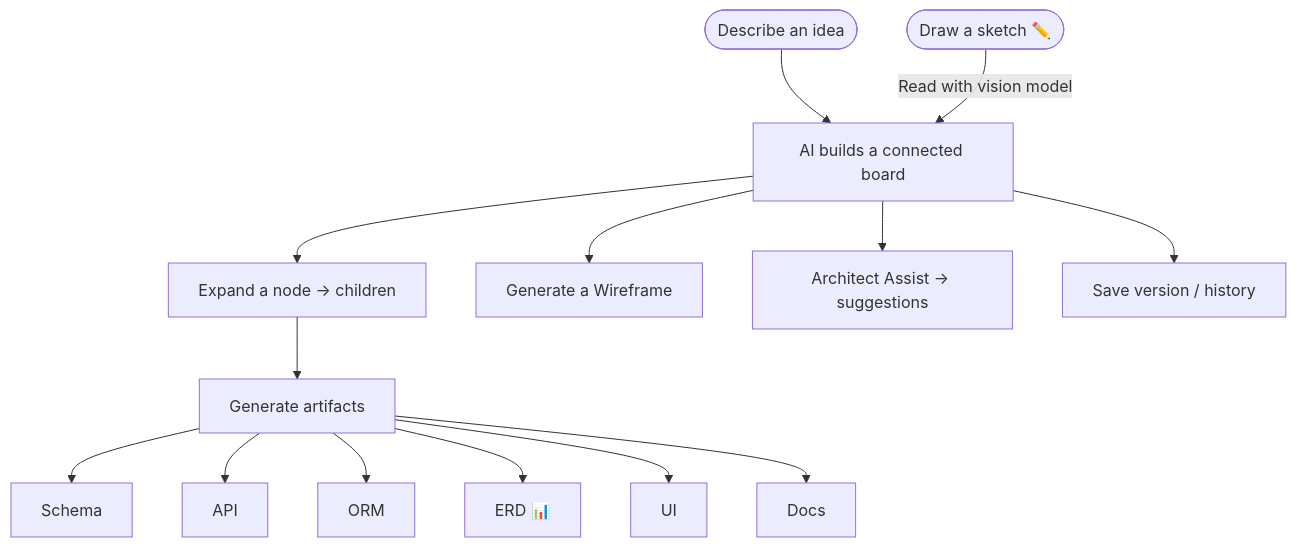
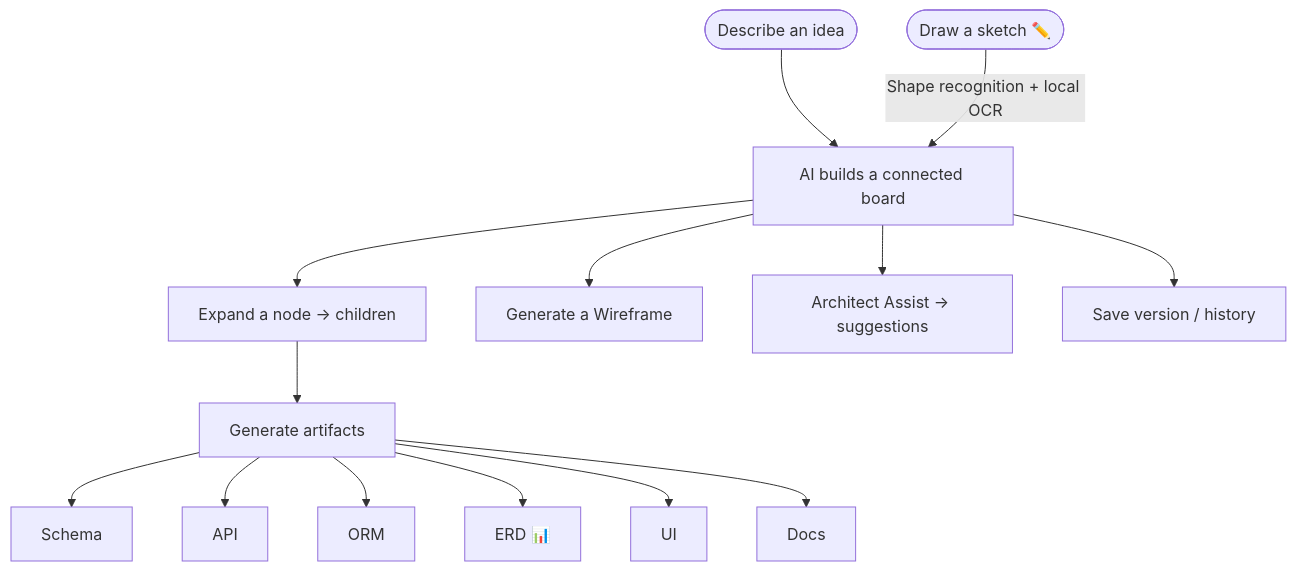
Before and after one commit to Abhijit1018/whitewire: the first of 3 diagrams in README.md, drawn with Mermaid. The commit also changed other lines of this file and 39 other files, not shown here.

````diff
--- a/README.md
+++ b/README.md
@@ -59,16 +59,16 @@
 ```mermaid
 flowchart TD
     A([Describe an idea]) --> B[AI builds a connected board]
-    S([Draw a sketch ✏️]) -->|Read with vision model| B
+    S([Draw a sketch ✏️]) -->|Shape recognition + local OCR| B
     B --> C[Expand a node → children]
     B --> W[Generate a Wireframe]
     C --> D[Generate artifacts]
     D --> D1[Schema]
     D --> D2[API]
     D --> D3[ORM]
     D --> D4[ERD 📊]
     D --> D5[UI]
     D --> D6[Docs]
     B --> AR[Architect Assist → suggestions]
     B --> V[Save version / history]
 ```
````
